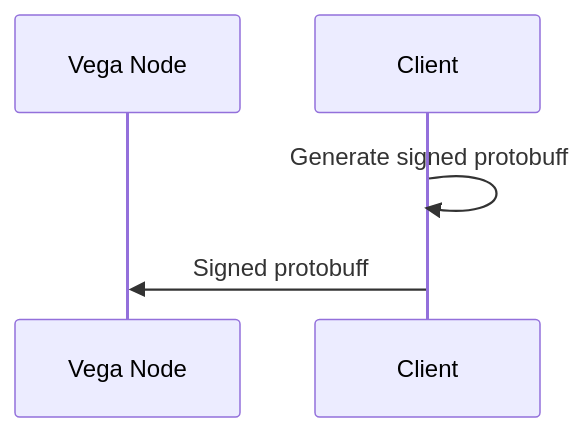
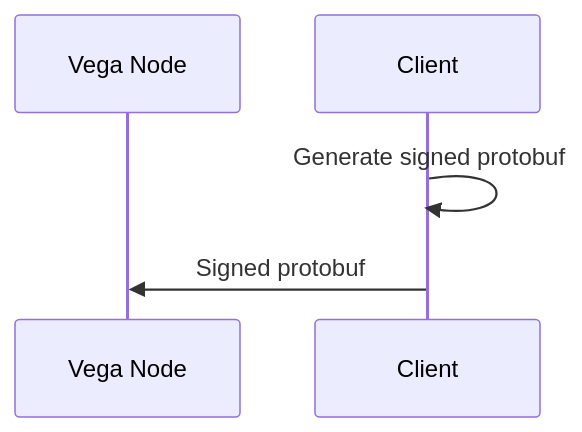
One commit to vegaprotocol/vega changed the fourth of 4 diagrams in docs/authentication-and-signing.md. Above: the diagram before and after it, drawn with Mermaid. The commit also changed other lines of this file and 2 other files, not shown here.

````diff
--- a/docs/authentication-and-signing.md
+++ b/docs/authentication-and-signing.md
@@ -70,8 +70,8 @@
 ```mermaid
 sequenceDiagram
     participant Vega Node
     participant Client
 
-	Client->>Client: Generate signed protobuff
-	Client->>Vega Node: Signed protobuff
+	Client->>Client: Generate signed protobuf
+	Client->>Vega Node: Signed protobuf
 ```
````
